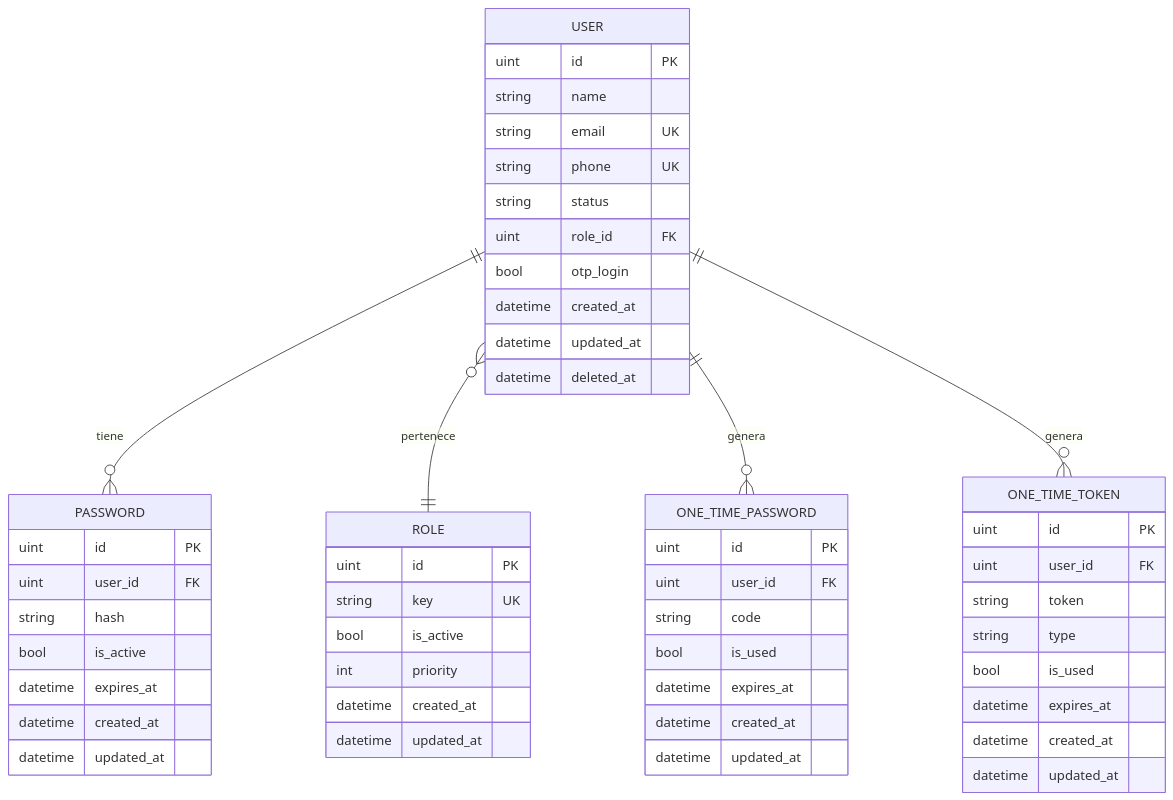
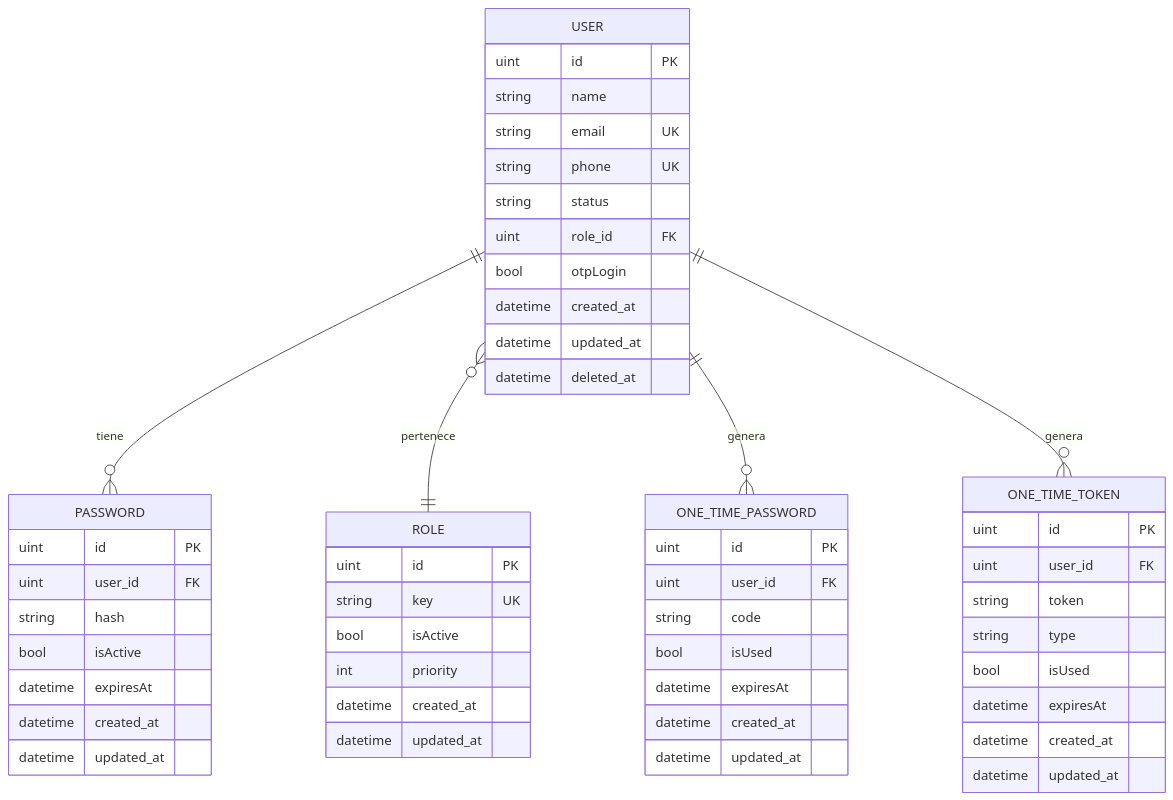
Before and after one commit to Simon3640/GoProjectSkeleton: diagram 16 of 26 in README.md, drawn with Mermaid. The commit also changed other lines of this file and 13 other files, not shown here.

````diff
--- a/README.md
+++ b/README.md
@@ -2963,60 +2963,60 @@
 ```mermaid
 erDiagram
     USER ||--o{ PASSWORD : "tiene"
     USER }o--|| ROLE : "pertenece"
     USER ||--o{ ONE_TIME_PASSWORD : "genera"
     USER ||--o{ ONE_TIME_TOKEN : "genera"
 
     USER {
         uint id PK
         string name
         string email UK
         string phone UK
         string status
         uint role_id FK
-        bool otp_login
+        bool otpLogin
         datetime created_at
         datetime updated_at
         datetime deleted_at
     }
 
     ROLE {
         uint id PK
         string key UK
-        bool is_active
+        bool isActive
         int priority
         datetime created_at
         datetime updated_at
     }
 
     PASSWORD {
         uint id PK
         uint user_id FK
         string hash
-        bool is_active
-        datetime expires_at
+        bool isActive
+        datetime expiresAt
         datetime created_at
         datetime updated_at
     }
 
     ONE_TIME_PASSWORD {
         uint id PK
         uint user_id FK
         string code
-        bool is_used
-        datetime expires_at
+        bool isUsed
+        datetime expiresAt
         datetime created_at
         datetime updated_at
     }
 
     ONE_TIME_TOKEN {
         uint id PK
         uint user_id FK
         string token
         string type
-        bool is_used
-        datetime expires_at
+        bool isUsed
+        datetime expiresAt
         datetime created_at
         datetime updated_at
     }
 ```
````
